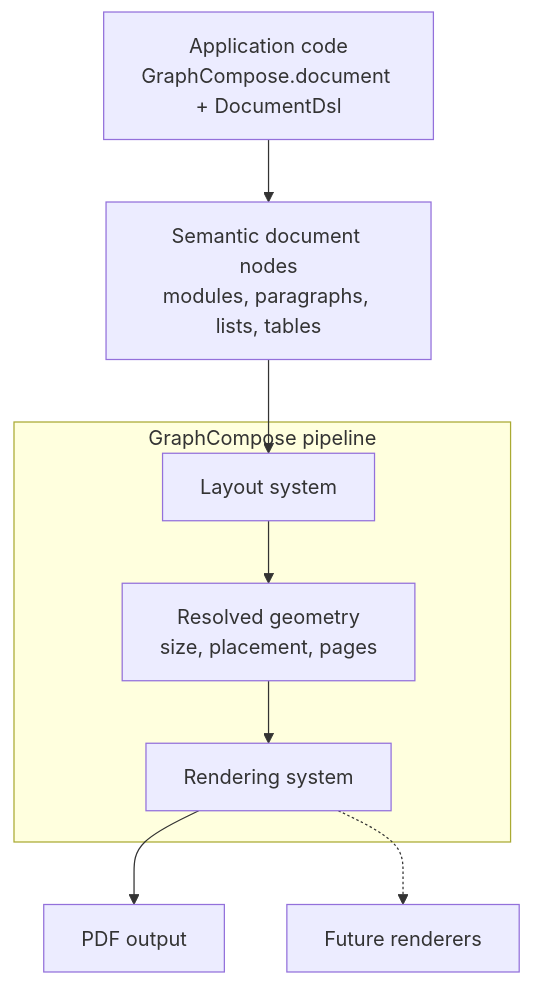
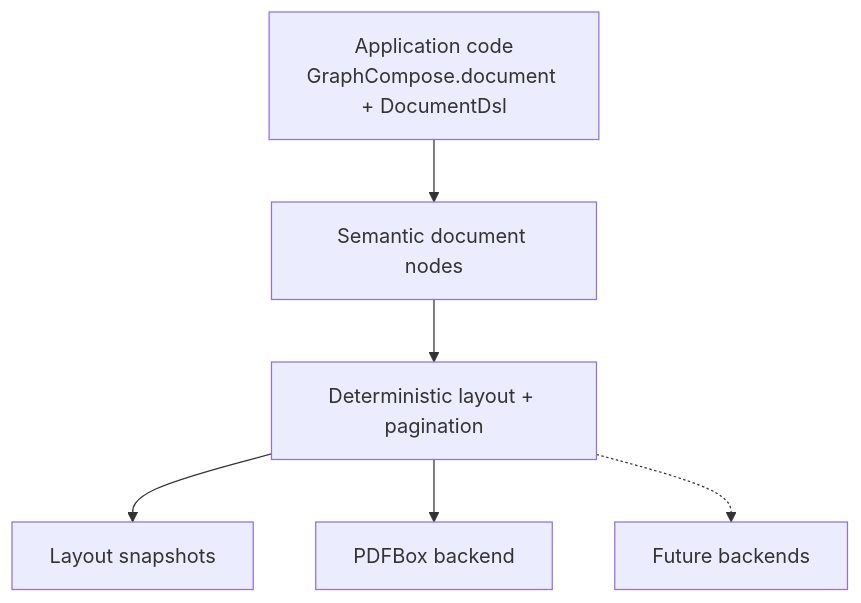
Before and after one commit to DemchaAV/GraphCompose: the diagram in README.md, drawn with Mermaid. The commit also changed other lines of this file and 45 other files, not shown here.

Commit message:
Finalize GraphCompose v2 API polishing

````diff
--- a/README.md
+++ b/README.md
@@ -551,21 +227,15 @@
 ```mermaid
 graph TD
     UserCode["Application code<br/>GraphCompose.document + DocumentDsl"]
-    Semantic["Semantic document nodes<br/>modules, paragraphs, lists, tables"]
-
-    subgraph Core["GraphCompose pipeline"]
-        LayoutSystem["Layout system"]
-        Geometry["Resolved geometry<br/>size, placement, pages"]
-        Renderer["Rendering system"]
-    end
-
-    PDF["PDF output"]
-    Future["Future renderers"]
+    Semantic["Semantic document nodes"]
+    Layout["Deterministic layout + pagination"]
+    Snapshot["Layout snapshots"]
+    PdfBackend["PDFBox backend"]
+    Future["Future backends"]
 
     UserCode --> Semantic
-    Semantic --> LayoutSystem
-    LayoutSystem --> Geometry
-    Geometry --> Renderer
-    Renderer --> PDF
-    Renderer -.-> Future
+    Semantic --> Layout
+    Layout --> Snapshot
+    Layout --> PdfBackend
+    Layout -.-> Future
 ```
````
